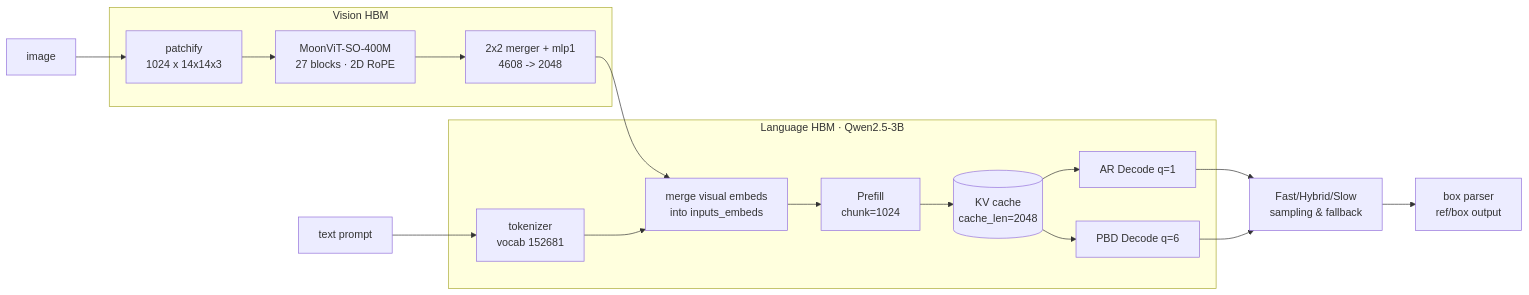
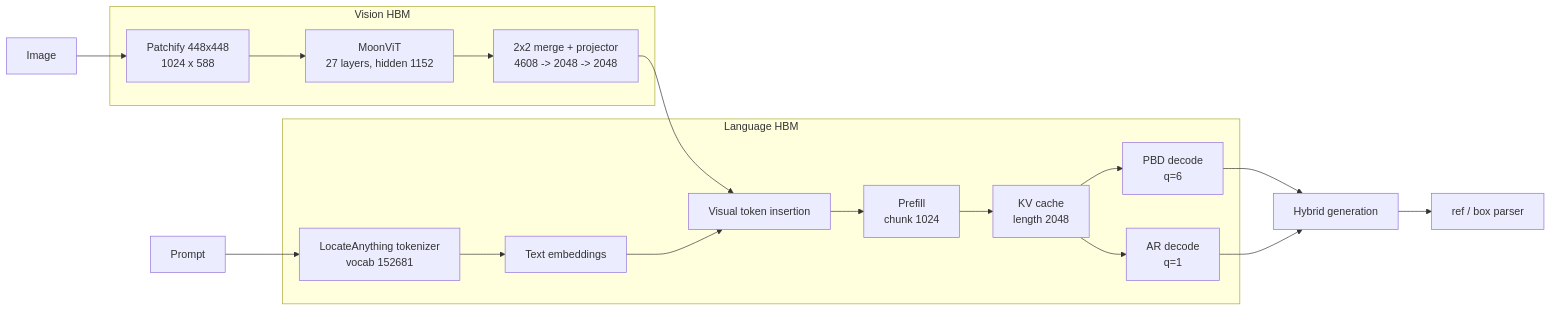
One commit to D-Robotics/hobot_locateanything changed the diagram in README.md. Above: the diagram before and after it, drawn with Mermaid. The commit also changed other lines of this file and 15 other files, not shown here.

````diff
--- a/README.md
+++ b/README.md
@@ -40,23 +49,24 @@
 ```mermaid
 flowchart LR
-    IMG[image] --> PATCHIFY[patchify<br/>1024 x 14x14x3]
-    PROMPT[text prompt] --> TOKENIZER[tokenizer<br/>vocab 152681]
+    IMAGE["Image"] --> PATCH["Patchify 448x448<br/>1024 x 588"]
+    TEXT["Prompt"] --> TOKENIZER["LocateAnything tokenizer<br/>vocab 152681"]
 
-    subgraph VIS[Vision HBM]
-        PATCHIFY --> MOONVIT[MoonViT-SO-400M<br/>27 blocks · 2D RoPE]
-        MOONVIT --> MERGER[2x2 merger + mlp1<br/>4608 -> 2048]
+    subgraph VISION["Vision HBM"]
+        PATCH --> MOONVIT["MoonViT<br/>27 layers, hidden 1152"]
+        MOONVIT --> PROJECTOR["2x2 merge + projector<br/>4608 -> 2048 -> 2048"]
     end
 
-    subgraph LM[Language HBM · Qwen2.5-3B]
-        MERGER --> EMBED[merge visual embeds<br/>into inputs_embeds]
-        TOKENIZER --> EMBED
-        EMBED --> PREFILL[Prefill<br/>chunk=1024]
-        PREFILL --> KV[(KV cache<br/>cache_len=2048)]
-        KV --> AR[AR Decode q=1]
-        KV --> PBD[PBD Decode q=6]
+    subgraph LANGUAGE["Language HBM"]
+        TOKENIZER --> EMBEDS["Text embeddings"]
+        PROJECTOR --> MERGE["Visual token insertion"]
+        EMBEDS --> MERGE
+        MERGE --> PREFILL["Prefill<br/>chunk 1024"]
+        PREFILL --> KV["KV cache<br/>length 2048"]
+        KV --> PBD["PBD decode<br/>q=6"]
+        KV --> AR["AR decode<br/>q=1"]
     end
 
-    AR --> HYBRID[Fast/Hybrid/Slow<br/>sampling & fallback]
-    PBD --> HYBRID
-    HYBRID --> POST[box parser<br/>ref/box output]
+    PBD --> HYBRID["Hybrid generation"]
+    AR --> HYBRID
+    HYBRID --> BOX["ref / box parser"]
 ```
````
